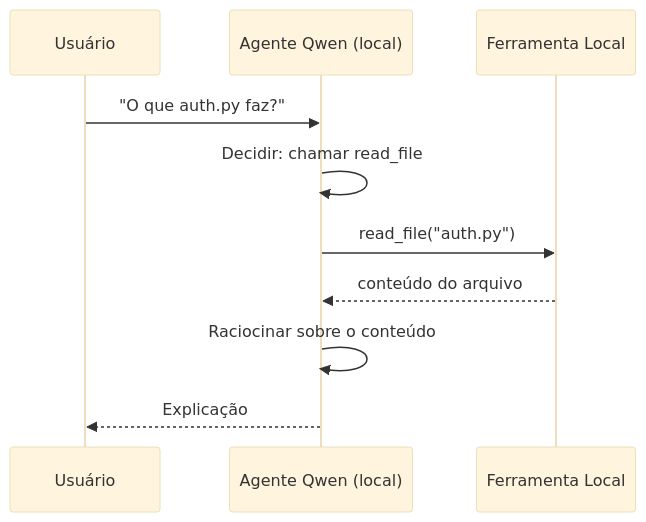
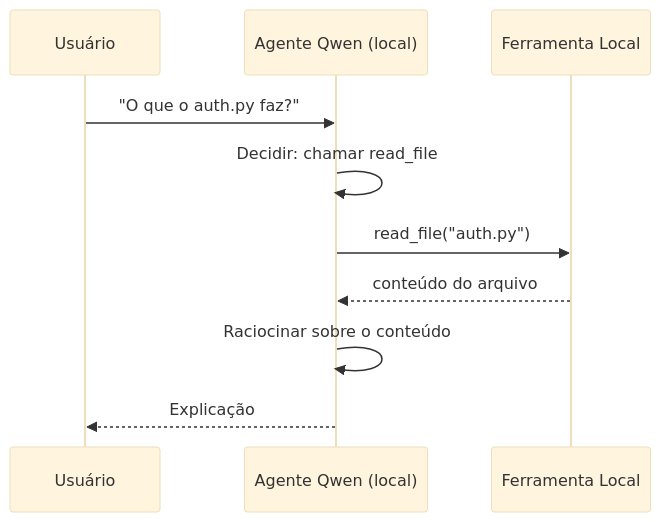
The second of 4 diagrams in translations/pt-BR/17-creating-local-ai-agents/README.md (microsoft/ai-agents-for-beginners), drawn with Mermaid (base theme) before and after one commit. The commit also changed other lines of this file and 46 other files, not shown here.

````diff
--- a/translations/pt-BR/17-creating-local-ai-agents/README.md
+++ b/translations/pt-BR/17-creating-local-ai-agents/README.md
@@ -106,12 +106,12 @@
 ```mermaid
 sequenceDiagram
     participant U as Usuário
     participant A as Agente Qwen (local)
     participant T as Ferramenta Local
-    U->>A: "O que auth.py faz?"
+    U->>A: "O que o auth.py faz?"
     A->>A: Decidir: chamar read_file
     A->>T: read_file("auth.py")
     T-->>A: conteúdo do arquivo
     A->>A: Raciocinar sobre o conteúdo
     A-->>U: Explicação
 ```
````
